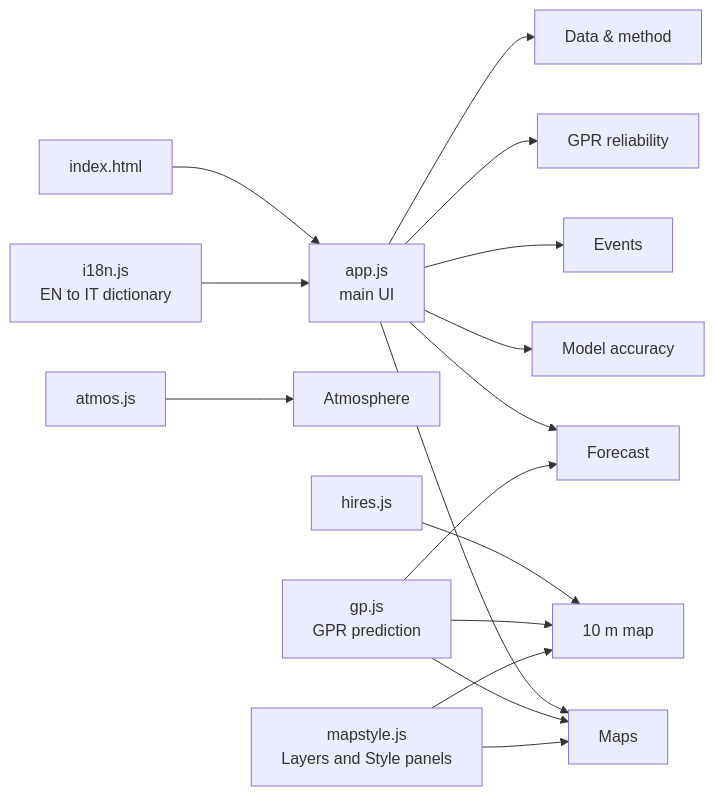
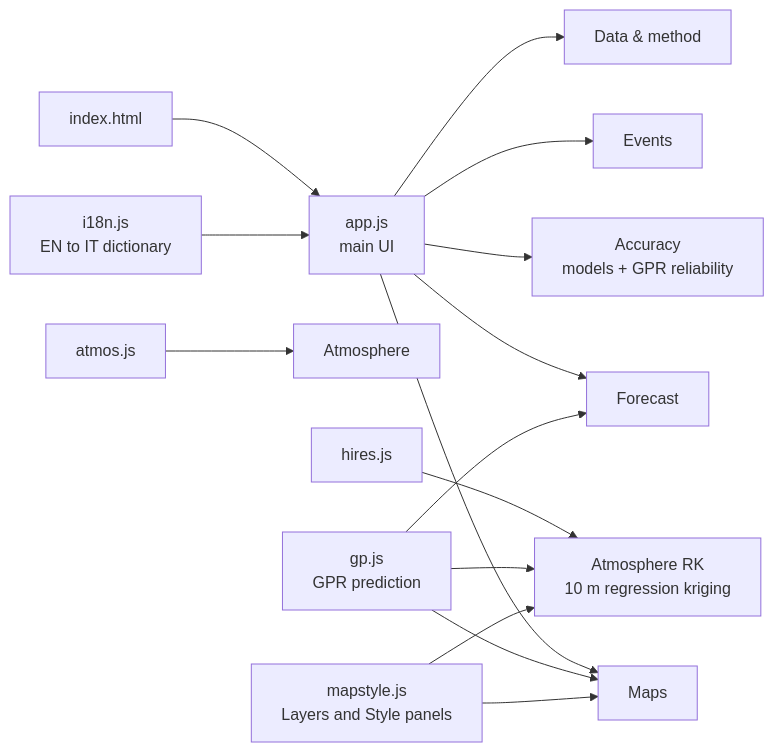
The third of 5 diagrams in docs/HOW_IT_WORKS.md (francescorossi3/prognostica), drawn with Mermaid before and after one commit. The commit also changed other lines of this file and 2 other files, not shown here.

First line of the commit message:
docs, CLAUDE.md: nuove schede (Accuracy, Atmosphere RK) e validazione RK

````diff
--- a/docs/HOW_IT_WORKS.md
+++ b/docs/HOW_IT_WORKS.md
@@ -56,18 +56,17 @@
 ```mermaid
 flowchart LR
   idx[index.html] --> app[app.js<br>main UI]
   app --> F[Forecast]
   app --> M[Maps]
-  app --> R[Model accuracy]
+  app --> R[Accuracy<br>models + GPR reliability]
   app --> E[Events]
-  app --> V[GPR reliability]
   app --> DM[Data & method]
   atm[atmos.js] --> A[Atmosphere]
-  hr[hires.js] --> H[10 m map]
+  hr[hires.js] --> H[Atmosphere RK<br>10 m regression kriging]
   gp[gp.js<br>GPR prediction] --> F
   gp --> M
   gp --> H
   i18n[i18n.js<br>EN to IT dictionary] --> app
   ms[mapstyle.js<br>Layers and Style panels] --> M
   ms --> H
 ```
````
